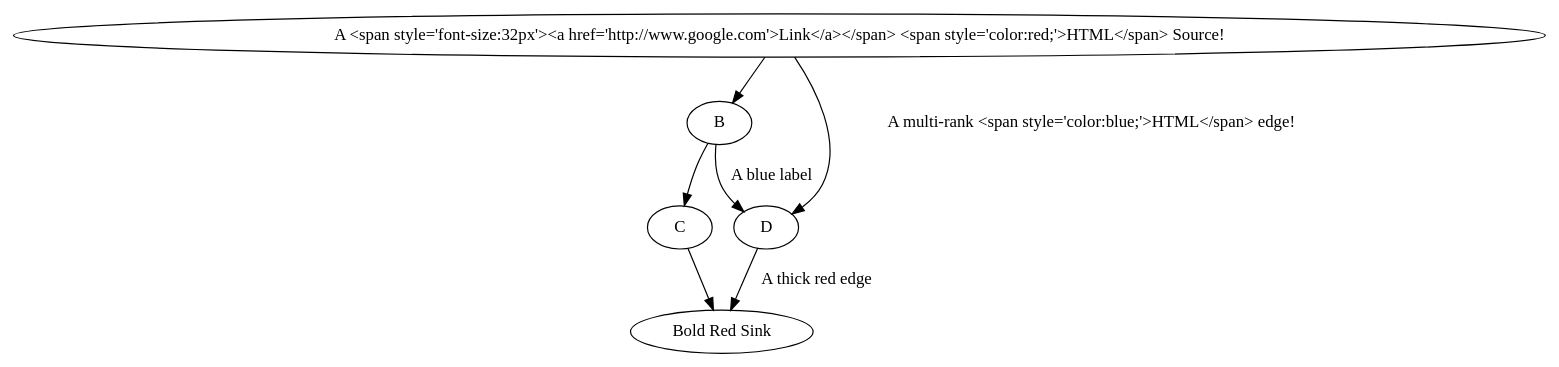
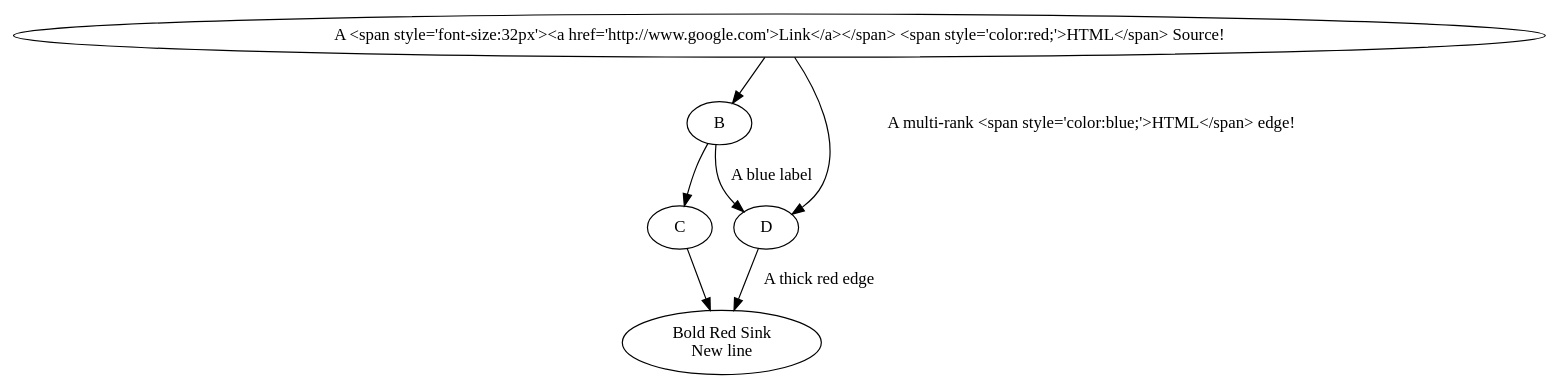
One commit to DavidWhitlock/PortlandStateJavaSummer2015 changed the diagram in phonebill-gwt/src/main/webapp/grid.dot. Above: the diagram before and after it, drawn with Graphviz.

Commit message:
Backslash n works for a newline.

```diff
--- a/phonebill-gwt/src/main/webapp/grid.dot
+++ b/phonebill-gwt/src/main/webapp/grid.dot
@@ -1,14 +1,14 @@
 digraph {
     /* Note: HTML labels do not work in IE, which lacks support for <foreignObject> tags. */
     node [rx=5 ry=5 labelStyle="font: 300 14px 'Helvetica Neue', Helvetica"]
     edge [labelStyle="font: 300 14px 'Helvetica Neue', Helvetica"]
     A [labelType="html"
        label="A <span style='font-size:32px'><a href='http://www.google.com'>Link</a></span> <span style='color:red;'>HTML</span> Source!"];
     C;
-    E [label="Bold Red Sink" style="fill: #f77; font-weight: bold"];
+    E [label="Bold Red Sink\nNew line" style="fill: #f77; font-weight: bold"];
     A -> B -> C;
     B -> D [label="A blue label" labelStyle="fill: #55f; font-weight: bold;"];
     D -> E [label="A thick red edge" style="stroke: #f77; stroke-width: 2px;" arrowheadStyle="fill: #f77"];
     C -> E;
     A -> D [labelType="html" label="A multi-rank <span style='color:blue;'>HTML</span> edge!"];
 }
```
